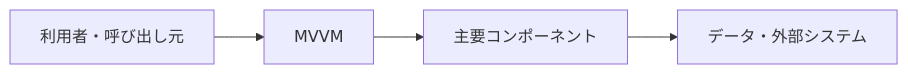
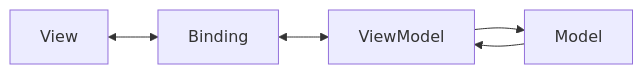
One commit to t-shirayama/architecture-notes changed the diagram in docs/フロントエンド系/MVVM.md. Above: the diagram before and after it, drawn with Mermaid. The commit also changed other lines of this file and 32 other files, not shown here.

Commit message:
docs: refine remaining architecture notes

````diff
--- a/docs/フロントエンド系/MVVM.md
+++ b/docs/フロントエンド系/MVVM.md
@@ -24,6 +28,7 @@
 ```mermaid
 flowchart LR
-    A[利用者・呼び出し元] --> B[MVVM]
-    B --> C[主要コンポーネント]
-    C --> D[データ・外部システム]
+    View <--> Binding[Binding]
+    Binding <--> VM[ViewModel]
+    VM --> Model
+    Model --> VM
 ```
````
